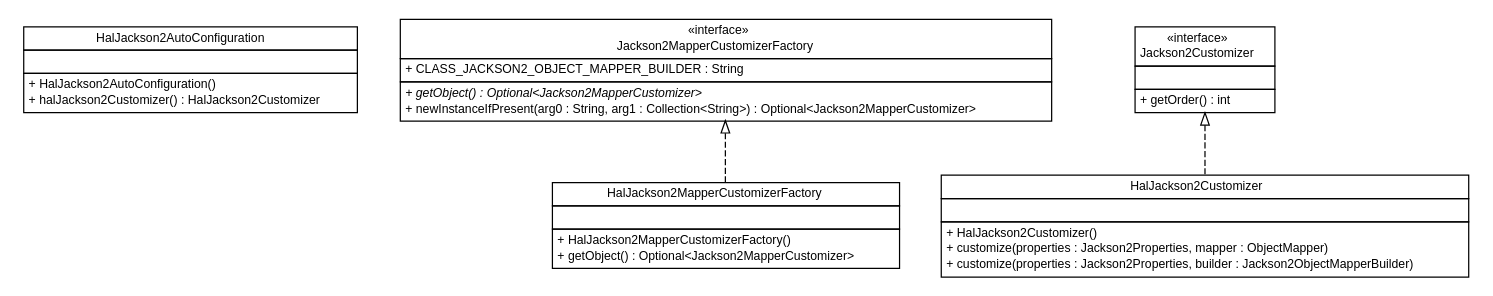
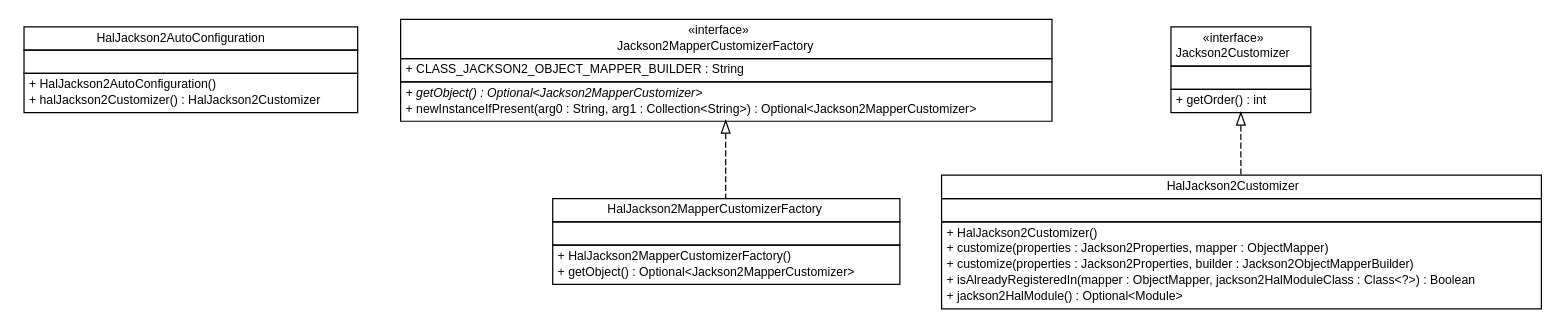
The diagram in snapshot/build-docker/cloud-ready-parent/spring-boot-jackson2/spring-boot-jackson2-hal/apidocs/top/infra/jackson2/top.infra.jackson2.dot (cloud-ready/cloud-ready), drawn with Graphviz before and after one commit. The commit also changed 63 other files, not shown here.

Commit message:
Creating site for spring-boot-jackson2-hal-0.0.1-SNAPSHOT

```diff
--- a/snapshot/build-docker/cloud-ready-parent/spring-boot-jackson2/spring-boot-jackson2-hal/apidocs/top/infra/jackson2/top.infra.jackson2.dot
+++ b/snapshot/build-docker/cloud-ready-parent/spring-boot-jackson2/spring-boot-jackson2-hal/apidocs/top/infra/jackson2/top.infra.jackson2.dot
@@ -1,83 +1,85 @@
 #!/usr/local/bin/dot
 #
 # Class diagram 
 # Generated by UMLGraph version R5_6-24-gf6e263 (http://www.umlgraph.org/)
 #
 
 digraph G {
 	edge [fontname="Helvetica",fontsize=10,labelfontname="Helvetica",labelfontsize=10];
 	node [fontname="Helvetica",fontsize=10,shape=plaintext];
 	nodesep=0.25;
 	ranksep=0.5;
 	// top.infra.jackson2.HalJackson2AutoConfiguration
 	c0 [label=<<table title="top.infra.jackson2.HalJackson2AutoConfiguration" border="0" cellborder="1" cellspacing="0" cellpadding="2" port="p" href="./HalJackson2AutoConfiguration.html">
 		<tr><td><table border="0" cellspacing="0" cellpadding="1">
 <tr><td align="center" balign="center"> HalJackson2AutoConfiguration </td></tr>
 		</table></td></tr>
 		<tr><td><table border="0" cellspacing="0" cellpadding="1">
 <tr><td align="left" balign="left">  </td></tr>
 		</table></td></tr>
 		<tr><td><table border="0" cellspacing="0" cellpadding="1">
 <tr><td align="left" balign="left"> + HalJackson2AutoConfiguration() </td></tr>
 <tr><td align="left" balign="left"> + halJackson2Customizer() : HalJackson2Customizer </td></tr>
 		</table></td></tr>
 		</table>>, URL="./HalJackson2AutoConfiguration.html", fontname="Helvetica", fontcolor="black", fontsize=10.0];
 	// top.infra.jackson2.HalJackson2MapperCustomizerFactory
 	c1 [label=<<table title="top.infra.jackson2.HalJackson2MapperCustomizerFactory" border="0" cellborder="1" cellspacing="0" cellpadding="2" port="p" href="./HalJackson2MapperCustomizerFactory.html">
 		<tr><td><table border="0" cellspacing="0" cellpadding="1">
 <tr><td align="center" balign="center"> HalJackson2MapperCustomizerFactory </td></tr>
 		</table></td></tr>
 		<tr><td><table border="0" cellspacing="0" cellpadding="1">
 <tr><td align="left" balign="left">  </td></tr>
 		</table></td></tr>
 		<tr><td><table border="0" cellspacing="0" cellpadding="1">
 <tr><td align="left" balign="left"> + HalJackson2MapperCustomizerFactory() </td></tr>
 <tr><td align="left" balign="left"> + getObject() : Optional&lt;Jackson2MapperCustomizer&gt; </td></tr>
 		</table></td></tr>
 		</table>>, URL="./HalJackson2MapperCustomizerFactory.html", fontname="Helvetica", fontcolor="black", fontsize=10.0];
 	// top.infra.jackson2.HalJackson2Customizer
 	c2 [label=<<table title="top.infra.jackson2.HalJackson2Customizer" border="0" cellborder="1" cellspacing="0" cellpadding="2" port="p" href="./HalJackson2Customizer.html">
 		<tr><td><table border="0" cellspacing="0" cellpadding="1">
 <tr><td align="center" balign="center"> HalJackson2Customizer </td></tr>
 		</table></td></tr>
 		<tr><td><table border="0" cellspacing="0" cellpadding="1">
 <tr><td align="left" balign="left">  </td></tr>
 		</table></td></tr>
 		<tr><td><table border="0" cellspacing="0" cellpadding="1">
 <tr><td align="left" balign="left"> + HalJackson2Customizer() </td></tr>
 <tr><td align="left" balign="left"> + customize(properties : Jackson2Properties, mapper : ObjectMapper) </td></tr>
 <tr><td align="left" balign="left"> + customize(properties : Jackson2Properties, builder : Jackson2ObjectMapperBuilder) </td></tr>
+<tr><td align="left" balign="left"> + isAlreadyRegisteredIn(mapper : ObjectMapper, jackson2HalModuleClass : Class&lt;?&gt;) : Boolean </td></tr>
+<tr><td align="left" balign="left"> + jackson2HalModule() : Optional&lt;Module&gt; </td></tr>
 		</table></td></tr>
 		</table>>, URL="./HalJackson2Customizer.html", fontname="Helvetica", fontcolor="black", fontsize=10.0];
 	//top.infra.jackson2.HalJackson2MapperCustomizerFactory implements top.infra.jackson2.Jackson2MapperCustomizerFactory
 	c3:p -> c1:p [dir=back,arrowtail=empty,style=dashed];
 	//top.infra.jackson2.HalJackson2Customizer implements top.infra.jackson2.Jackson2Customizer
 	c4:p -> c2:p [dir=back,arrowtail=empty,style=dashed];
 	// top.infra.jackson2.Jackson2Customizer
 	c4 [label=<<table title="top.infra.jackson2.Jackson2Customizer" border="0" cellborder="1" cellspacing="0" cellpadding="2" port="p" href="http://java.sun.com/j2se/1.4.2/docs/api/top/infra/jackson2/Jackson2Customizer.html">
 		<tr><td><table border="0" cellspacing="0" cellpadding="1">
 <tr><td align="center" balign="center"> &#171;interface&#187; </td></tr>
 <tr><td align="center" balign="center"> Jackson2Customizer </td></tr>
 		</table></td></tr>
 		<tr><td><table border="0" cellspacing="0" cellpadding="1">
 <tr><td align="left" balign="left">  </td></tr>
 		</table></td></tr>
 		<tr><td><table border="0" cellspacing="0" cellpadding="1">
 <tr><td align="left" balign="left"> + getOrder() : int </td></tr>
 		</table></td></tr>
 		</table>>, URL="http://java.sun.com/j2se/1.4.2/docs/api/top/infra/jackson2/Jackson2Customizer.html", fontname="Helvetica", fontcolor="black", fontsize=10.0];
 	// top.infra.jackson2.Jackson2MapperCustomizerFactory
 	c3 [label=<<table title="top.infra.jackson2.Jackson2MapperCustomizerFactory" border="0" cellborder="1" cellspacing="0" cellpadding="2" port="p" href="http://java.sun.com/j2se/1.4.2/docs/api/top/infra/jackson2/Jackson2MapperCustomizerFactory.html">
 		<tr><td><table border="0" cellspacing="0" cellpadding="1">
 <tr><td align="center" balign="center"> &#171;interface&#187; </td></tr>
 <tr><td align="center" balign="center"> Jackson2MapperCustomizerFactory </td></tr>
 		</table></td></tr>
 		<tr><td><table border="0" cellspacing="0" cellpadding="1">
 <tr><td align="left" balign="left"> + CLASS_JACKSON2_OBJECT_MAPPER_BUILDER : String </td></tr>
 		</table></td></tr>
 		<tr><td><table border="0" cellspacing="0" cellpadding="1">
 <tr><td align="left" balign="left"><font face="Helvetica-Oblique" point-size="10.0"> + getObject() : Optional&lt;Jackson2MapperCustomizer&gt; </font></td></tr>
 <tr><td align="left" balign="left"> + newInstanceIfPresent(arg0 : String, arg1 : Collection&lt;String&gt;) : Optional&lt;Jackson2MapperCustomizer&gt; </td></tr>
 		</table></td></tr>
 		</table>>, URL="http://java.sun.com/j2se/1.4.2/docs/api/top/infra/jackson2/Jackson2MapperCustomizerFactory.html", fontname="Helvetica", fontcolor="black", fontsize=10.0];
 }
```
